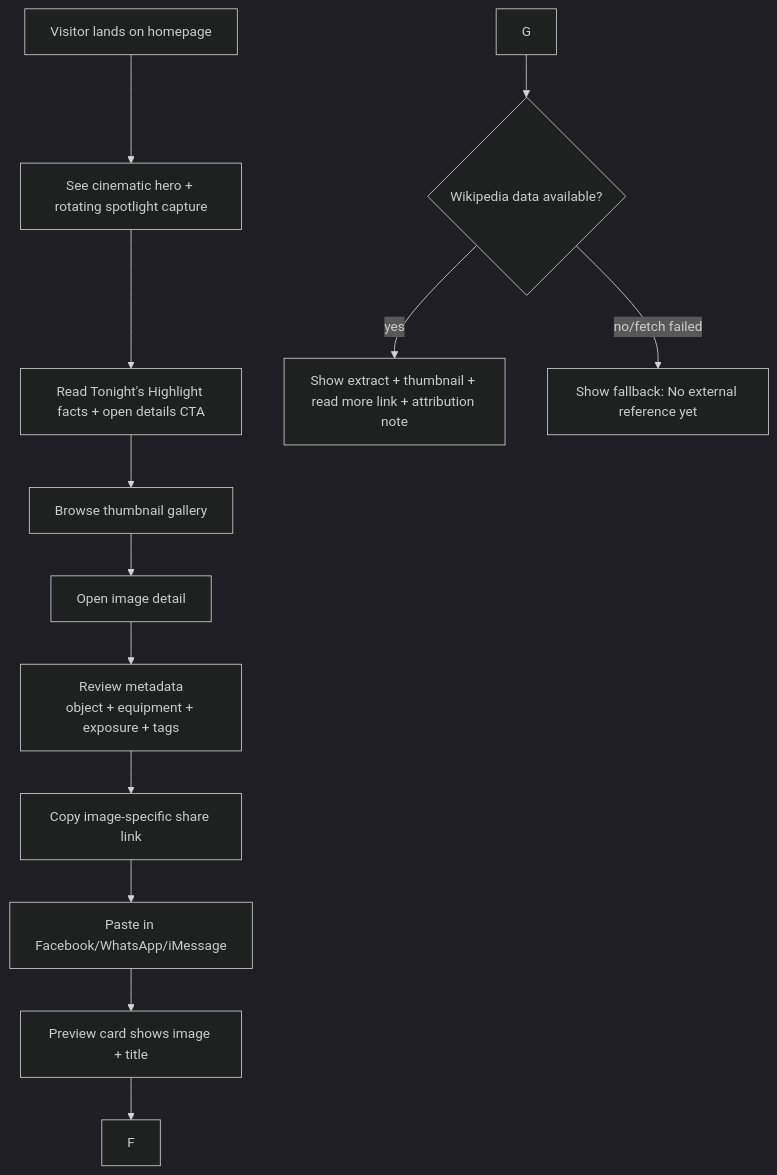
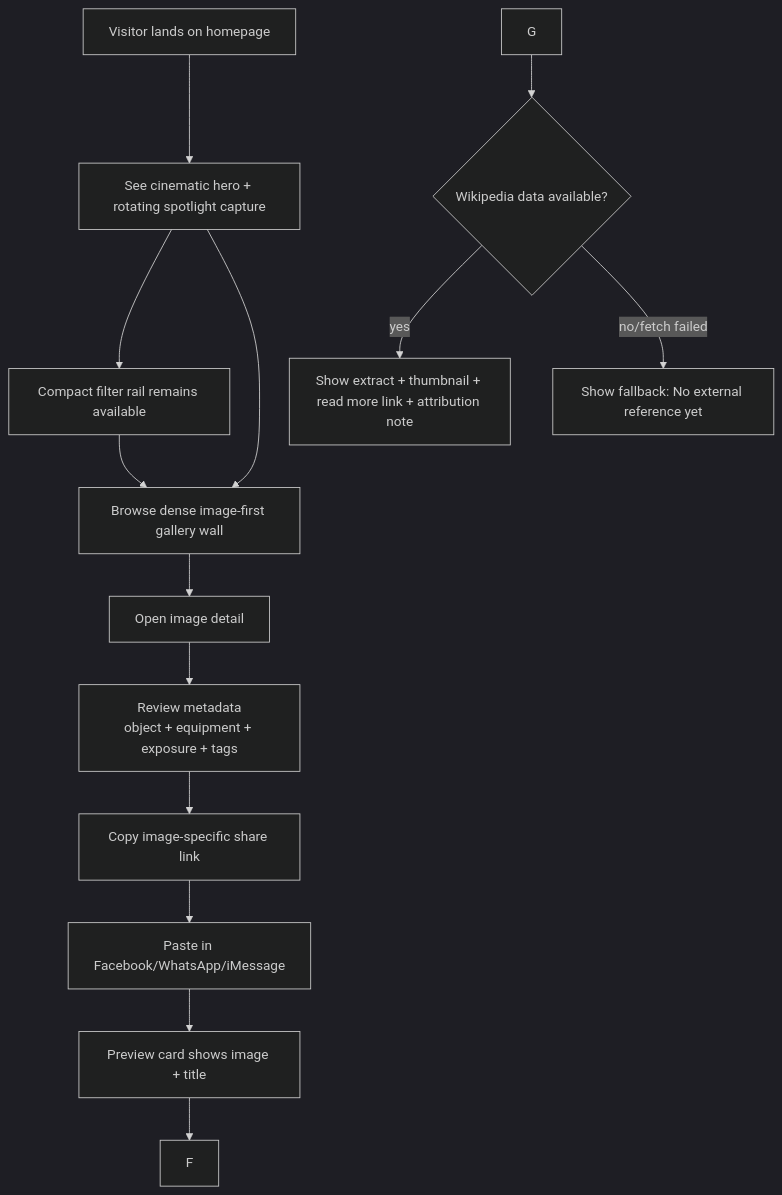
One commit to smeird/images changed the first of 3 diagrams in README.md. Above: the diagram before and after it, drawn with Mermaid (dark theme). The commit also changed other lines of this file and 3 other files, not shown here.

First line of the commit message:
Redesign landing page as image-first gallery with compact filters

````diff
--- a/README.md
+++ b/README.md
@@ -142,15 +142,16 @@
 ```mermaid
 flowchart TD
   A[Visitor lands on homepage] --> B[See cinematic hero + rotating spotlight capture]
-  B --> B2[Read Tonight's Highlight facts + open details CTA]
-  B2 --> C[Browse thumbnail gallery]
+  B --> B1[Compact filter rail remains available]
+  B --> C[Browse dense image-first gallery wall]
+  B1 --> C
   C --> D[Open image detail]
   D --> E[Review metadata\nobject + equipment + exposure + tags]
   E --> I[Copy image-specific share link]
   I --> J[Paste in Facebook/WhatsApp/iMessage]
   J --> K[Preview card shows image + title]
   K --> F
   G --> H{Wikipedia data available?}
   H -- yes --> WIKI[Show extract + thumbnail + read more link + attribution note]
   H -- no/fetch failed --> L[Show fallback: No external reference yet]
 ```
````
